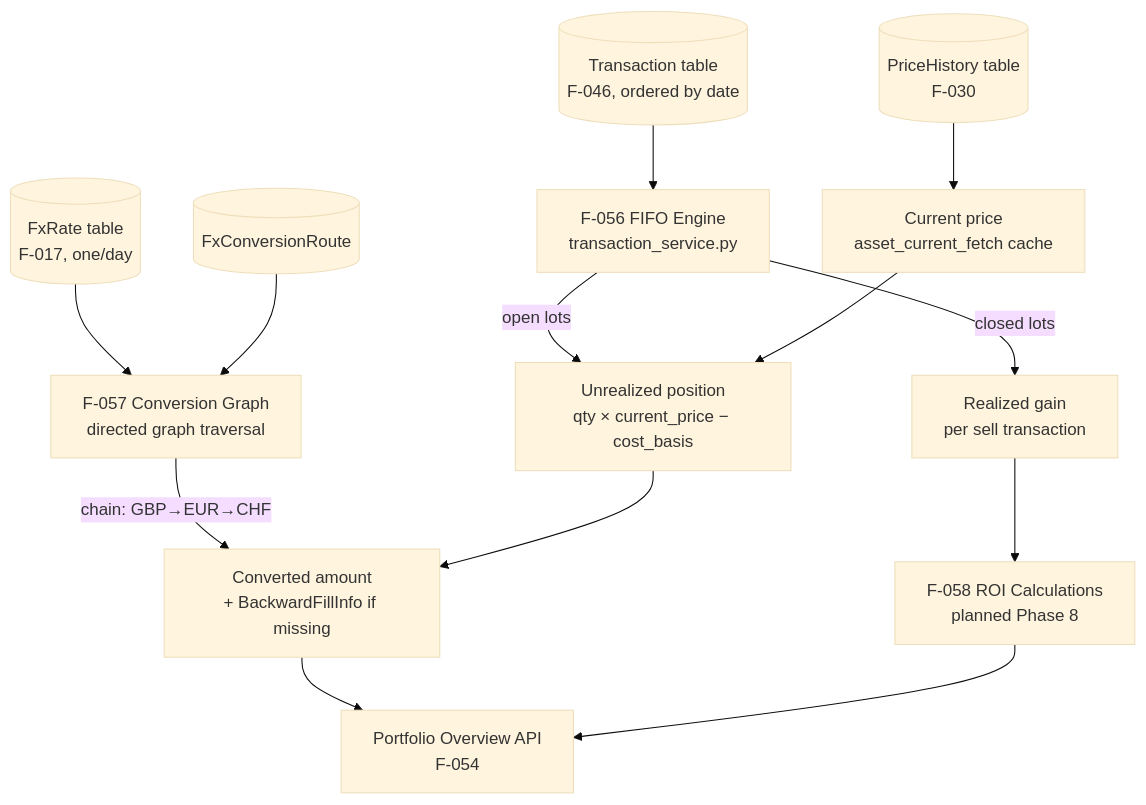
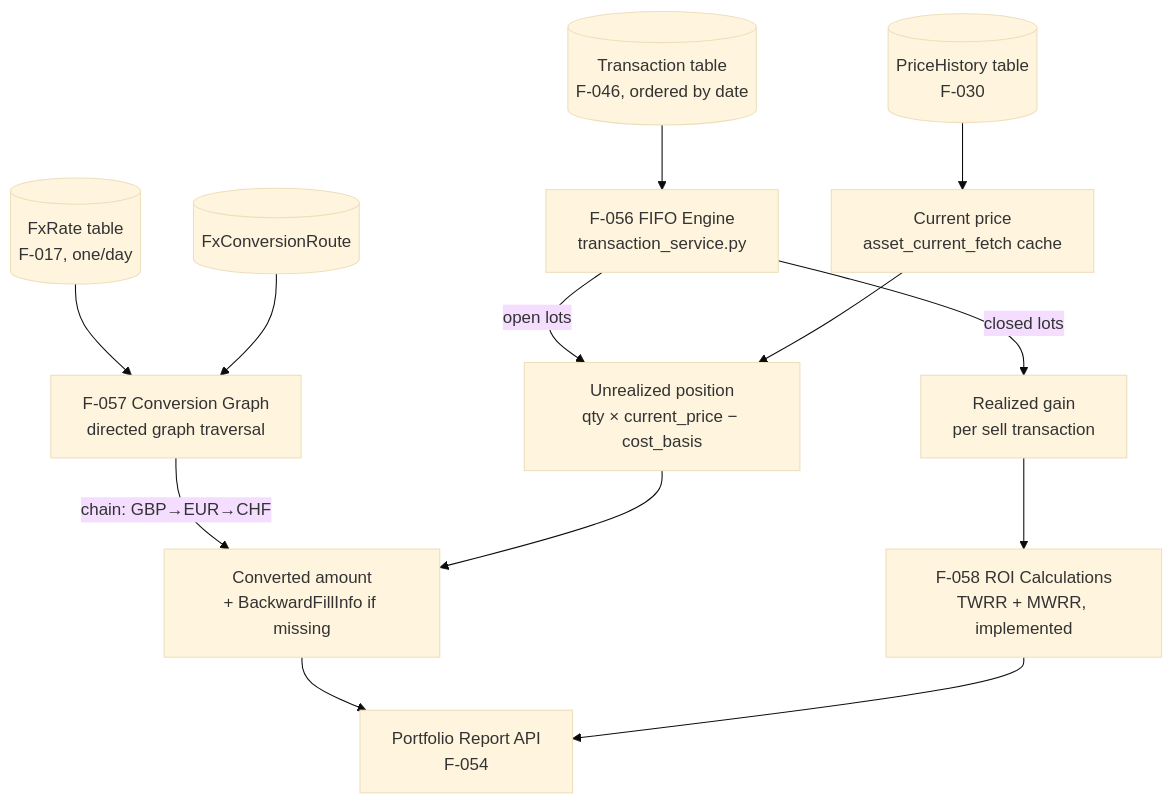
One commit to Librefolio/LibreFolio changed the diagram in LibreFolio_devWiki/wiki/domains/calculations.md. Above: the diagram before and after it, drawn with Mermaid (base theme). The commit also changed other lines of this file and 29 other files, not shown here.

````diff
--- a/LibreFolio_devWiki/wiki/domains/calculations.md
+++ b/LibreFolio_devWiki/wiki/domains/calculations.md
@@ -33,18 +32,18 @@
 ```mermaid
 graph TD
     TxDB[(Transaction table<br/>F-046, ordered by date)] --> FIFO[F-056 FIFO Engine<br/>transaction_service.py]
     FIFO -->|open lots| UnrealizedPos[Unrealized position<br/>qty × current_price − cost_basis]
     FIFO -->|closed lots| RealizedGain[Realized gain<br/>per sell transaction]
 
     PriceDB[(PriceHistory table<br/>F-030)] --> CurrentPrice[Current price<br/>asset_current_fetch cache]
     CurrentPrice --> UnrealizedPos
 
     FXRateDB[(FxRate table<br/>F-017, one/day)] --> ConvGraph[F-057 Conversion Graph<br/>directed graph traversal]
     FXPairs[(FxConversionRoute)] --> ConvGraph
     ConvGraph -->|chain: GBP→EUR→CHF| ConvertedValue[Converted amount<br/>+ BackwardFillInfo if missing]
 
     UnrealizedPos --> ConvertedValue
-    RealizedGain --> ROI[F-058 ROI Calculations<br/>planned Phase 8]
-    ConvertedValue --> DashAPI[Portfolio Overview API<br/>F-054]
+    RealizedGain --> ROI[F-058 ROI Calculations<br/>TWRR + MWRR, implemented]
+    ConvertedValue --> DashAPI[Portfolio Report API<br/>F-054]
     ROI --> DashAPI
 ```
````
